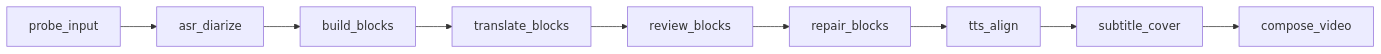
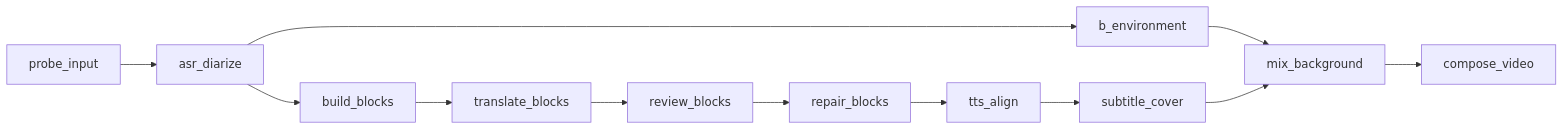
Before and after one commit to AchiDilyar/english-video-localizer: the diagram in docs/nodes/localize_video/HANDOFF-20261117.md, drawn with Mermaid. The commit also changed other lines of this file and 31 other files, not shown here.

Commit message:
fix(nodes): align environment increments with F main graph

````diff
--- a/docs/nodes/localize_video/HANDOFF-20261117.md
+++ b/docs/nodes/localize_video/HANDOFF-20261117.md
@@ -58,4 +38,8 @@
 ```mermaid
 flowchart LR
-  P[probe_input] --> B[asr_diarize] --> C1[build_blocks] --> C2[translate_blocks] --> C3[review_blocks] --> R[repair_blocks] --> D[tts_align] --> E[subtitle_cover] --> V[compose_video]
+  P[probe_input] --> B[asr_diarize]
+  B --> BG[b_environment]
+  B --> C1[build_blocks] --> C2[translate_blocks] --> C3[review_blocks] --> R[repair_blocks] --> D[tts_align] --> E[subtitle_cover]
+  BG --> M[mix_background]
+  E --> M --> V[compose_video]
 ```
````
